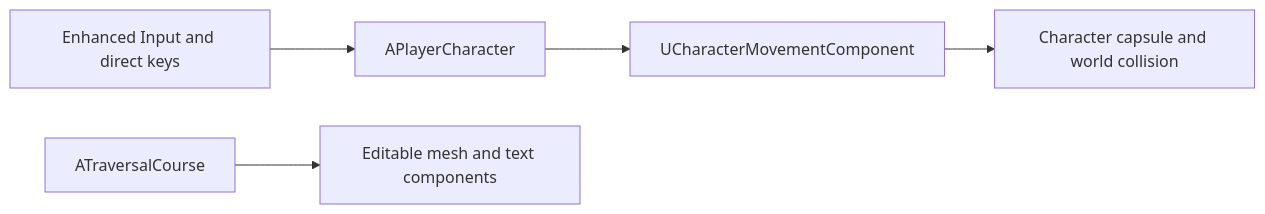
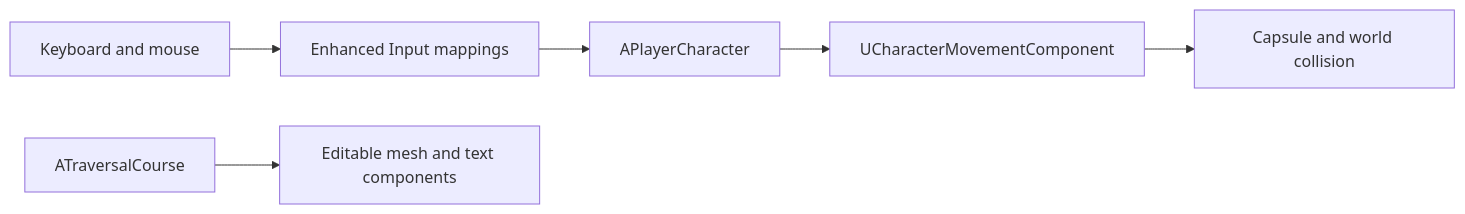
Before and after one commit to Faiazalikhail/Darkness-of-Kabul: the diagram in Documentation/PROJECT_ARCHITECTURE.md, drawn with Mermaid. The commit also changed other lines of this file and 15 other files, not shown here.

````diff
--- a/Documentation/PROJECT_ARCHITECTURE.md
+++ b/Documentation/PROJECT_ARCHITECTURE.md
@@ -5,7 +5,8 @@
 ```mermaid
 flowchart LR
-    Input[Enhanced Input and direct keys] --> Player[APlayerCharacter]
+    Hardware[Keyboard and mouse] --> Mapping[Enhanced Input mappings]
+    Mapping --> Player[APlayerCharacter]
     Player --> Movement[UCharacterMovementComponent]
-    Movement --> Collision[Character capsule and world collision]
-    Course[ATraversalCourse] --> Objects[Editable mesh and text components]
+    Movement --> Collision[Capsule and world collision]
+    Course[ATraversalCourse] --> Geometry[Editable mesh and text components]
 ```
````
